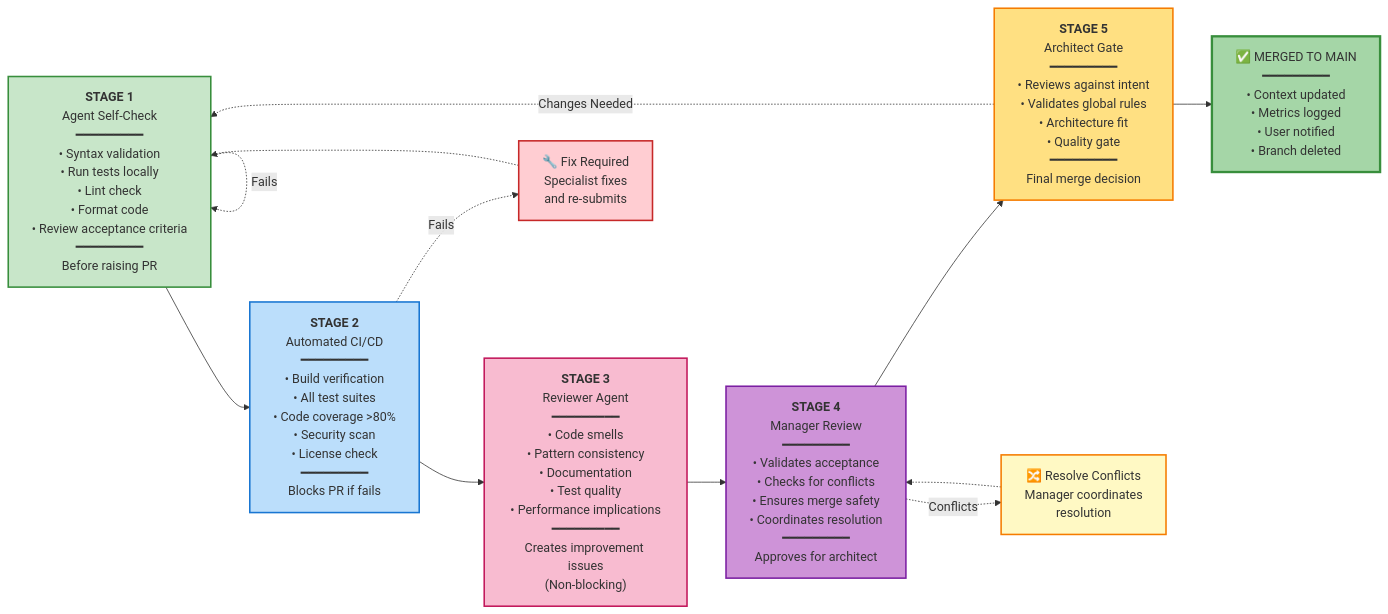
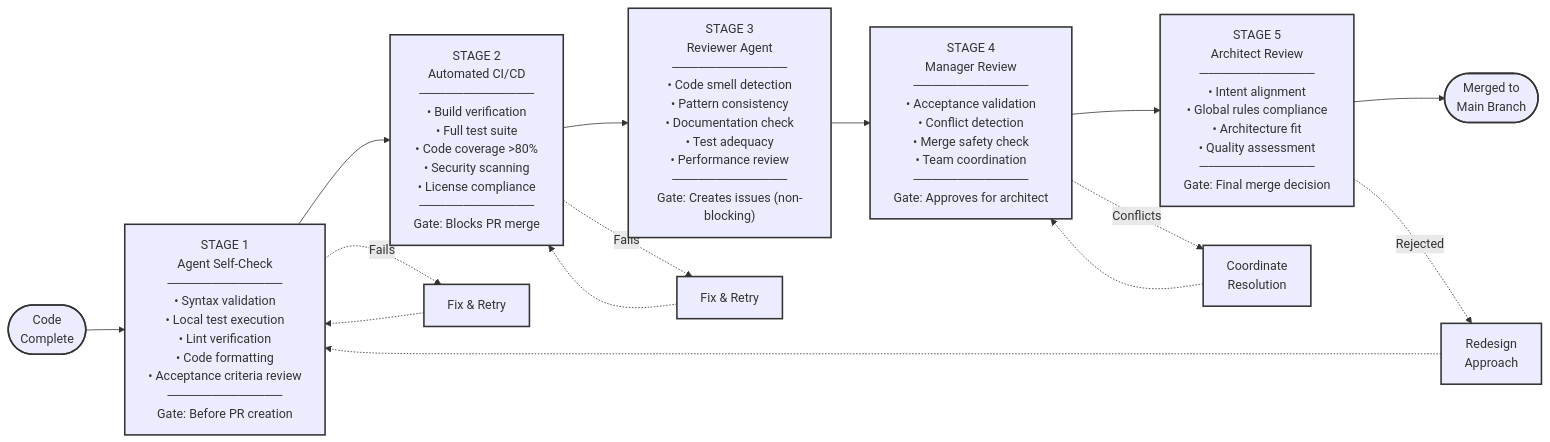
One commit to MRiARC/ai-coding-harness changed the tenth of 10 diagrams in README.md. Above: the diagram before and after it, drawn with Mermaid. The commit also changed other lines of this file, not shown here.

Commit message:
Refactor: Professional B&W diagrams with improved clarity and structure

````diff
--- a/README.md
+++ b/README.md
@@ -433,37 +477,34 @@
 ```mermaid
-graph LR
-    Stage1["<b>STAGE 1</b><br/>Agent Self-Check<br/>━━━━━━━━━<br/>• Syntax validation<br/>• Run tests locally<br/>• Lint check<br/>• Format code<br/>• Review acceptance criteria<br/>━━━━━━━━━<br/>Before raising PR"]
+flowchart LR
+    Start([Code<br/>Complete]) --> S1
     
-    Stage2["<b>STAGE 2</b><br/>Automated CI/CD<br/>━━━━━━━━━<br/>• Build verification<br/>• All test suites<br/>• Code coverage >80%<br/>• Security scan<br/>• License check<br/>━━━━━━━━━<br/>Blocks PR if fails"]
+    S1["STAGE 1<br/>Agent Self-Check<br/>─────────────<br/>• Syntax validation<br/>• Local test execution<br/>• Lint verification<br/>• Code formatting<br/>• Acceptance criteria review<br/>─────────────<br/>Gate: Before PR creation"]
     
-    Stage3["<b>STAGE 3</b><br/>Reviewer Agent<br/>━━━━━━━━━<br/>• Code smells<br/>• Pattern consistency<br/>• Documentation<br/>• Test quality<br/>• Performance implications<br/>━━━━━━━━━<br/>Creates improvement issues<br/>(Non-blocking)"]
+    S2["STAGE 2<br/>Automated CI/CD<br/>─────────────<br/>• Build verification<br/>• Full test suite<br/>• Code coverage >80%<br/>• Security scanning<br/>• License compliance<br/>─────────────<br/>Gate: Blocks PR merge"]
     
-    Stage4["<b>STAGE 4</b><br/>Manager Review<br/>━━━━━━━━━<br/>• Validates acceptance<br/>• Checks for conflicts<br/>• Ensures merge safety<br/>• Coordinates resolution<br/>━━━━━━━━━<br/>Approves for architect"]
+    S3["STAGE 3<br/>Reviewer Agent<br/>─────────────<br/>• Code smell detection<br/>• Pattern consistency<br/>• Documentation check<br/>• Test adequacy<br/>• Performance review<br/>─────────────<br/>Gate: Creates issues (non-blocking)"]
     
-    Stage5["<b>STAGE 5</b><br/>Architect Gate<br/>━━━━━━━━━<br/>• Reviews against intent<br/>• Validates global rules<br/>• Architecture fit<br/>• Quality gate<br/>━━━━━━━━━<br/>Final merge decision"]
+    S4["STAGE 4<br/>Manager Review<br/>─────────────<br/>• Acceptance validation<br/>• Conflict detection<br/>• Merge safety check<br/>• Team coordination<br/>─────────────<br/>Gate: Approves for architect"]
     
-    Success["✅ MERGED TO MAIN<br/>━━━━━━━━━<br/>• Context updated<br/>• Metrics logged<br/>• User notified<br/>• Branch deleted"]
+    S5["STAGE 5<br/>Architect Review<br/>─────────────<br/>• Intent alignment<br/>• Global rules compliance<br/>• Architecture fit<br/>• Quality assessment<br/>─────────────<br/>Gate: Final merge decision"]
     
-    Stage1 --> Stage2
-    Stage2 --> Stage3
-    Stage3 --> Stage4
-    Stage4 --> Stage5
-    Stage5 --> Success
+    Success([Merged to<br/>Main Branch])
     
-    Stage1 -.->|Fails| Stage1
-    Stage2 -.->|Fails| Fix["🔧 Fix Required<br/>Specialist fixes<br/>and re-submits"]
-    Stage4 -.->|Conflicts| Resolve["🔀 Resolve Conflicts<br/>Manager coordinates<br/>resolution"]
-    Stage5 -.->|Changes Needed| Stage1
+    S1 --> S2
+    S2 --> S3
+    S3 --> S4
+    S4 --> S5
+    S5 --> Success
     
-    Fix -.-> Stage1
-    Resolve -.-> Stage4
+    S1 -.->|Fails| Fix1[Fix & Retry]
+    S2 -.->|Fails| Fix2[Fix & Retry]
+    S4 -.->|Conflicts| Resolve[Coordinate<br/>Resolution]
+    S5 -.->|Rejected| Redesign[Redesign<br/>Approach]
     
-    style Stage1 fill:#C8E6C9,stroke:#388E3C,stroke-width:2px
-    style Stage2 fill:#BBDEFB,stroke:#1976D2,stroke-width:2px
-    style Stage3 fill:#F8BBD0,stroke:#C2185B,stroke-width:2px
-    style Stage4 fill:#CE93D8,stroke:#7B1FA2,stroke-width:2px
-    style Stage5 fill:#FFE082,stroke:#F57C00,stroke-width:2px
-    style Success fill:#A5D6A7,stroke:#388E3C,stroke-width:3px
-    style Fix fill:#FFCDD2,stroke:#C62828,stroke-width:2px
-    style Resolve fill:#FFF9C4,stroke:#F57C00,stroke-width:2px
+    Fix1 -.-> S1
+    Fix2 -.-> S2
+    Resolve -.-> S4
+    Redesign -.-> S1
+    
+    classDef default stroke:#333,stroke-width:2px
 ```
````
